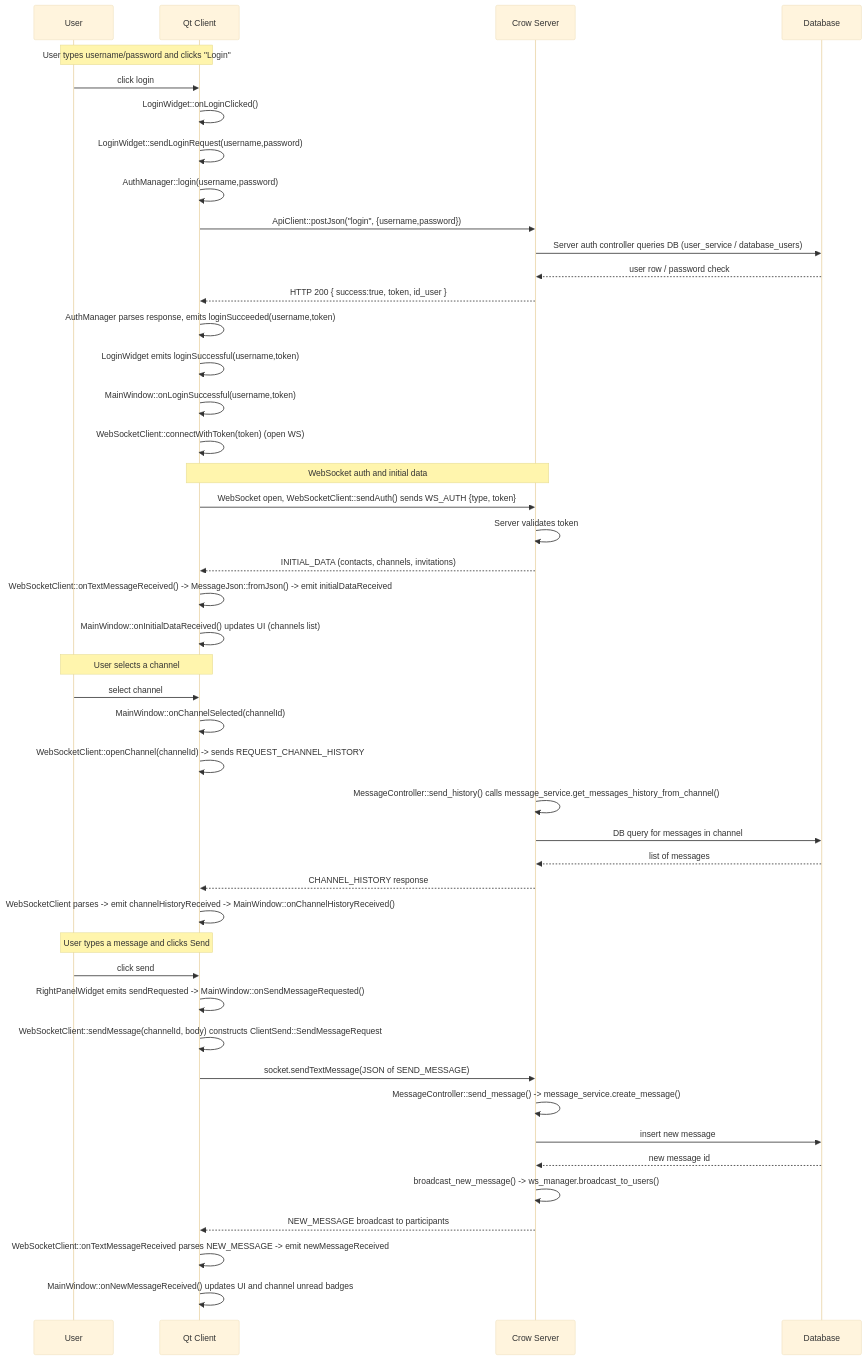
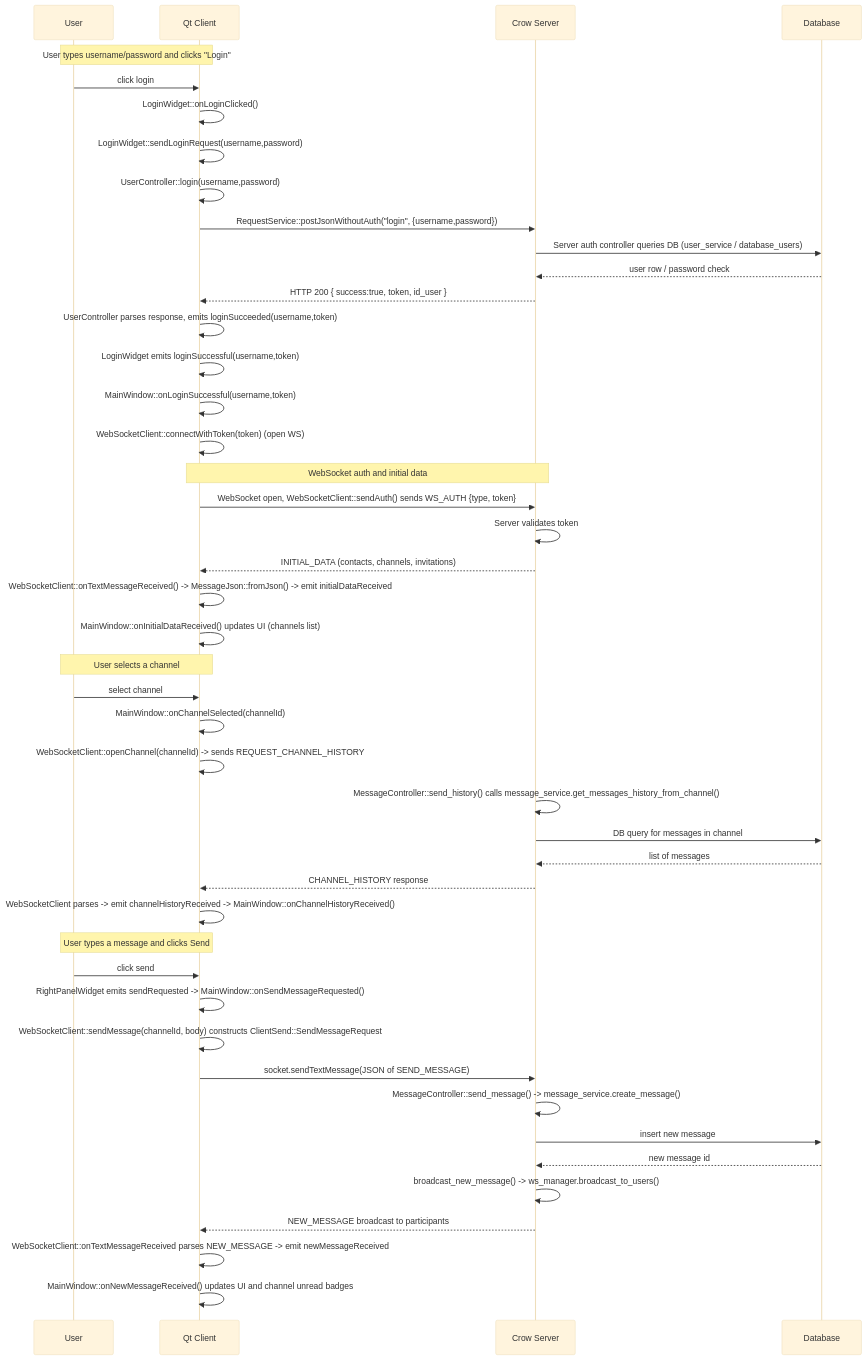
The diagram in client/_documentation/data_flow.md (AdelinePat/wizzMania), drawn with Mermaid (base theme) before and after one commit. The commit also changed 23 other files, not shown here.

```diff
--- a/client/_documentation/data_flow.md
+++ b/client/_documentation/data_flow.md
@@ -171,9 +171,9 @@
 
   Client->>Client: LoginWidget::sendLoginRequest(username,password)
 
-  Client->>Client: AuthManager::login(username,password)
+  Client->>Client: UserController::login(username,password)
 
-  Client->>Server: ApiClient::postJson("login", {username,password})
+  Client->>Server: RequestService::postJsonWithoutAuth("login", {username,password})
 
   Server->>DB: Server auth controller queries DB (user_service / database_users)
 
@@ -181,7 +181,7 @@
 
   Server-->>Client: HTTP 200 { success:true, token, id_user }
 
-  Client->>Client: AuthManager parses response, emits loginSucceeded(username,token)
+  Client->>Client: UserController parses response, emits loginSucceeded(username,token)
 
   Client->>Client: LoginWidget emits loginSuccessful(username,token)
 
```
